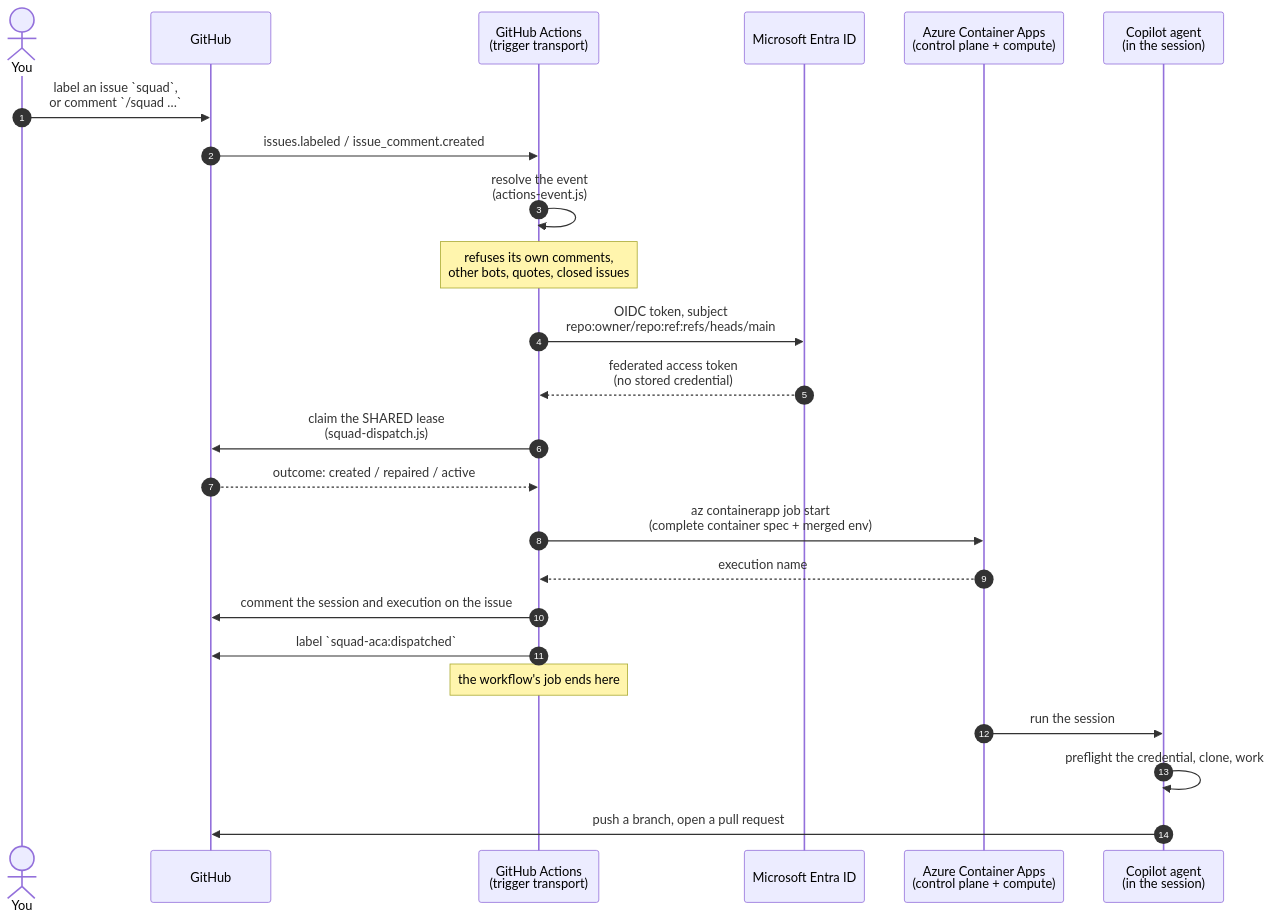
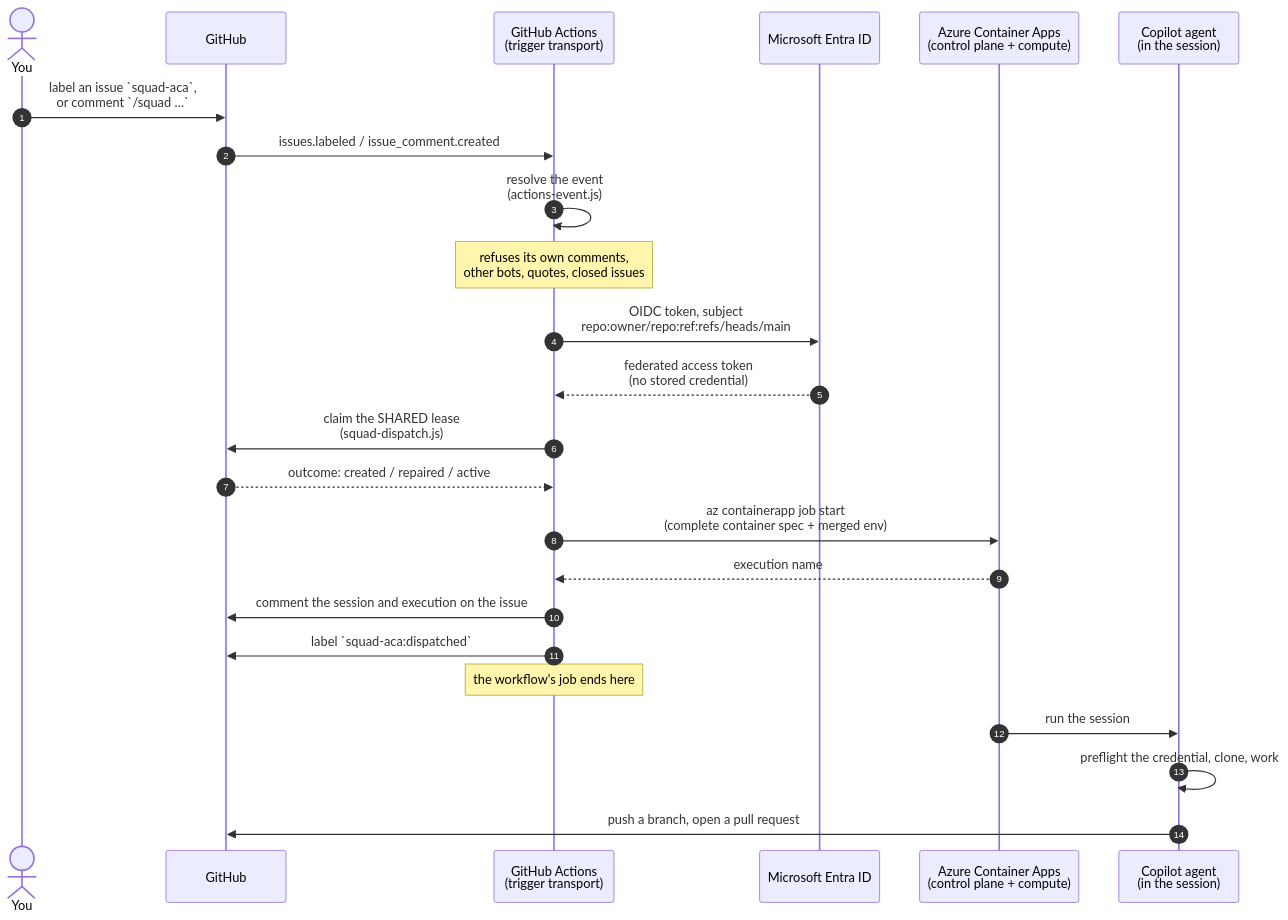
The diagram in docs/actions-trigger.md (swigerb/squad-on-aca), drawn with Mermaid before and after one commit. The commit also changed other lines of this file and 7 other files, not shown here.

Commit message:
Stop hijacking Squad's triage label for remote dispatch (#32)

````diff
--- a/docs/actions-trigger.md
+++ b/docs/actions-trigger.md
@@ -14,27 +14,27 @@
 ```mermaid
 sequenceDiagram
     autonumber
     actor Dev as You
     participant GH as GitHub
     participant GA as GitHub Actions<br/>(trigger transport)
     participant AAD as Microsoft Entra ID
     participant ACA as Azure Container Apps<br/>(control plane + compute)
     participant Ag as Copilot agent<br/>(in the session)
 
-    Dev->>GH: label an issue `squad`,<br/>or comment `/squad …`
+    Dev->>GH: label an issue `squad-aca`,<br/>or comment `/squad …`
     GH->>GA: issues.labeled / issue_comment.created
     GA->>GA: resolve the event<br/>(actions-event.js)
     Note over GA: refuses its own comments,<br/>other bots, quotes, closed issues
     GA->>AAD: OIDC token, subject<br/>repo:owner/repo:ref:refs/heads/main
     AAD-->>GA: federated access token<br/>(no stored credential)
     GA->>GH: claim the SHARED lease<br/>(squad-dispatch.js)
     GH-->>GA: outcome: created / repaired / active
     GA->>ACA: az containerapp job start<br/>(complete container spec + merged env)
     ACA-->>GA: execution name
     GA->>GH: comment the session and execution on the issue
     GA->>GH: label `squad-aca:dispatched`
     Note over GA: the workflow's job ends here
     ACA->>Ag: run the session
     Ag->>Ag: preflight the credential, clone, work
     Ag->>GH: push a branch, open a pull request
 ```
````
